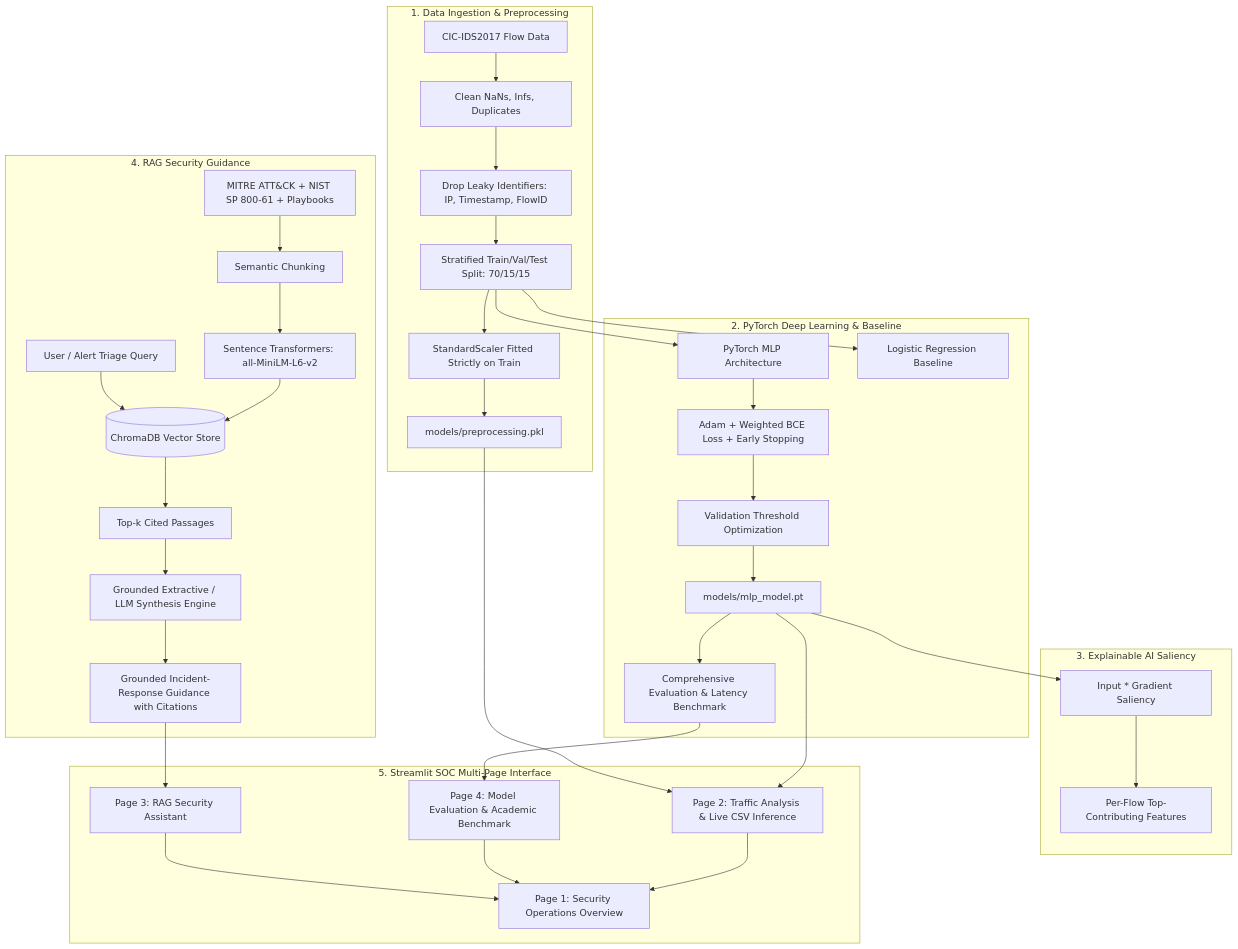
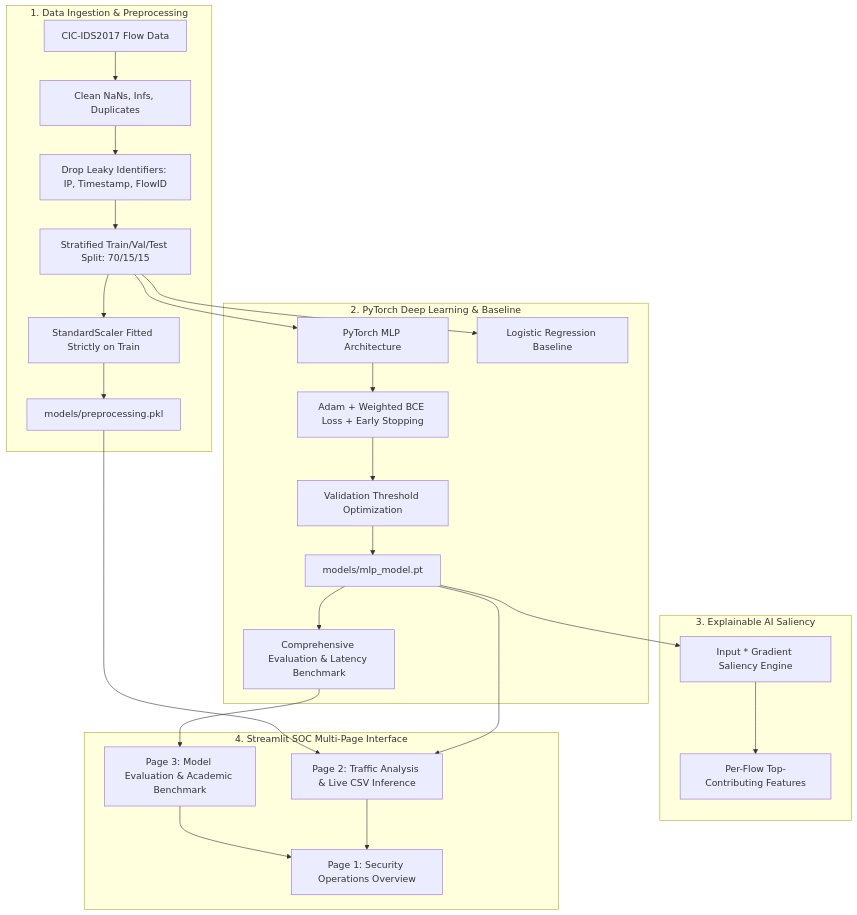
One commit to NITINSAIN157/ThreatLensAI changed the diagram in README.md. Above: the diagram before and after it, drawn with Mermaid. The commit also changed other lines of this file and 18 other files, not shown here.

````diff
--- a/README.md
+++ b/README.md
@@ -32,41 +29,30 @@
 ```mermaid
 flowchart TD
     subgraph DataPipeline["1. Data Ingestion & Preprocessing"]
         A[CIC-IDS2017 Flow Data] --> B[Clean NaNs, Infs, Duplicates]
         B --> C[Drop Leaky Identifiers: IP, Timestamp, FlowID]
         C --> D[Stratified Train/Val/Test Split: 70/15/15]
         D --> E[StandardScaler Fitted Strictly on Train]
         E --> F[models/preprocessing.pkl]
     end
 
     subgraph DeepLearning["2. PyTorch Deep Learning & Baseline"]
         D --> G[PyTorch MLP Architecture]
         D --> H[Logistic Regression Baseline]
         G --> I[Adam + Weighted BCE Loss + Early Stopping]
         I --> J[Validation Threshold Optimization]
         J --> K[models/mlp_model.pt]
         K --> L[Comprehensive Evaluation & Latency Benchmark]
     end
 
     subgraph Explainability["3. Explainable AI Saliency"]
-        K --> M[Input * Gradient Saliency]
+        K --> M[Input * Gradient Saliency Engine]
         M --> N[Per-Flow Top-Contributing Features]
     end
 
-    subgraph RAGAssistant["4. RAG Security Guidance"]
-        O[MITRE ATT&CK + NIST SP 800-61 + Playbooks] --> P[Semantic Chunking]
-        P --> Q[Sentence Transformers: all-MiniLM-L6-v2]
-        Q --> R[(ChromaDB Vector Store)]
-        S[User / Alert Triage Query] --> R
-        R --> T[Top-k Cited Passages]
-        T --> U[Grounded Extractive / LLM Synthesis Engine]
-        U --> V[Grounded Incident-Response Guidance with Citations]
-    end
-
-    subgraph SOCDashboard["5. Streamlit SOC Multi-Page Interface"]
+    subgraph SOCDashboard["4. Streamlit SOC Multi-Page Interface"]
         K & F --> W1[Page 2: Traffic Analysis & Live CSV Inference]
-        L --> W2[Page 4: Model Evaluation & Academic Benchmark]
-        V --> W3[Page 3: RAG Security Assistant]
-        W1 & W2 & W3 --> W0[Page 1: Security Operations Overview]
+        L --> W2[Page 3: Model Evaluation & Academic Benchmark]
+        W1 & W2 --> W0[Page 1: Security Operations Overview]
     end
 ```
````
